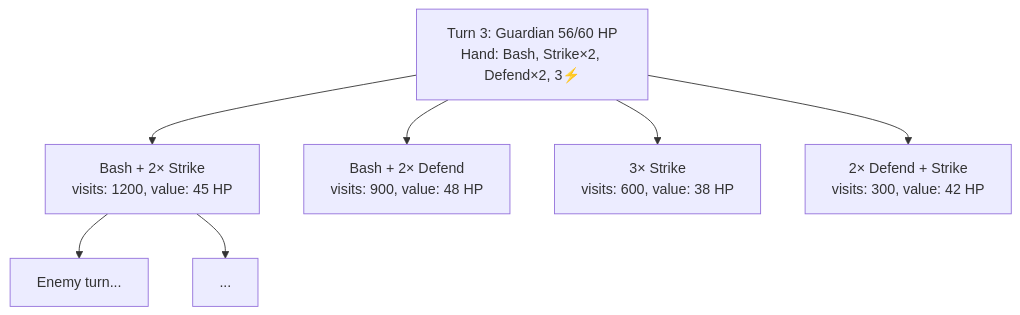
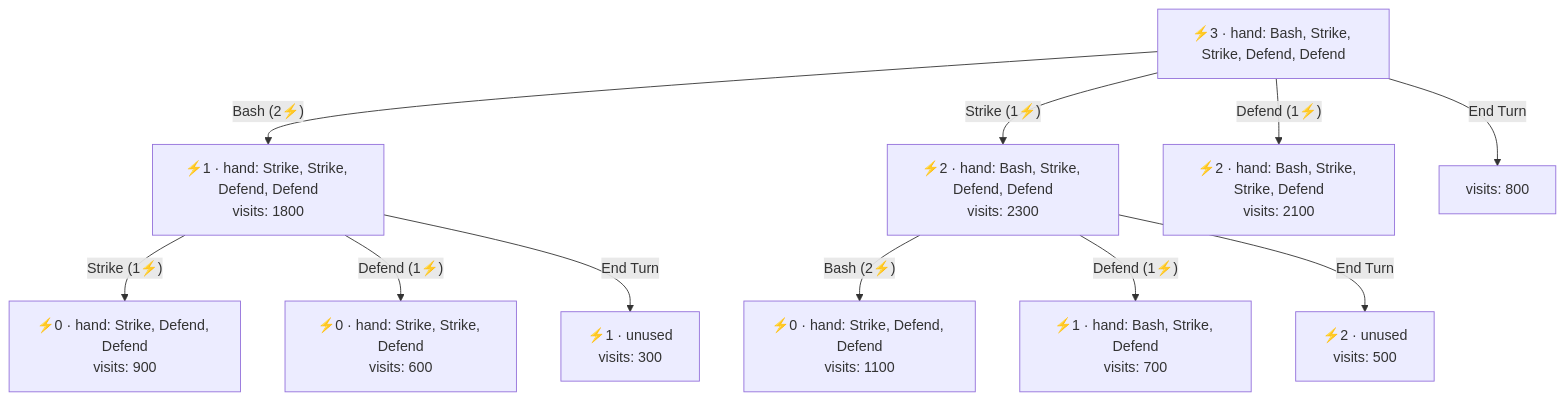
The second of 2 diagrams in wiki/how-combat-works.md (pherrman1/sts_ai), drawn with Mermaid before and after one commit. The commit also changed other lines of this file and 5 other files, not shown here.

````diff
--- a/wiki/how-combat-works.md
+++ b/wiki/how-combat-works.md
@@ -49,9 +49,14 @@
 ```mermaid
-graph TD
-    Root["Turn 3: Guardian 56/60 HP<br/>Hand: Bash, Strike×2, Defend×2, 3⚡"] --> A["Bash + 2× Strike<br/>visits: 1200, value: 45 HP"]
-    Root --> B["Bash + 2× Defend<br/>visits: 900, value: 48 HP"]
-    Root --> C["3× Strike<br/>visits: 600, value: 38 HP"]
-    Root --> D["2× Defend + Strike<br/>visits: 300, value: 42 HP"]
-    A --> A1["Enemy turn..."]
-    A --> A2["..."]
+flowchart TD
+    Root["⚡3 · hand: Bash, Strike, Strike, Defend, Defend"]
+    Root -->|"Bash (2⚡)"| Bash["⚡1 · hand: Strike, Strike, Defend, Defend<br/>visits: 1800"]
+    Root -->|"Strike (1⚡)"| Strike1["⚡2 · hand: Bash, Strike, Defend, Defend<br/>visits: 2300"]
+    Root -->|"Defend (1⚡)"| Defend1["⚡2 · hand: Bash, Strike, Strike, Defend<br/>visits: 2100"]
+    Root -->|"End Turn"| End["visits: 800"]
+    Bash -->|"Strike (1⚡)"| BashS["⚡0 · hand: Strike, Defend, Defend<br/>visits: 900"]
+    Bash -->|"Defend (1⚡)"| BashD["⚡0 · hand: Strike, Strike, Defend<br/>visits: 600"]
+    Bash -->|"End Turn"| BashE["⚡1 · unused<br/>visits: 300"]
+    Strike1 -->|"Bash (2⚡)"| S1B["⚡0 · hand: Strike, Defend, Defend<br/>visits: 1100"]
+    Strike1 -->|"Defend (1⚡)"| S1D["⚡1 · hand: Bash, Strike, Defend<br/>visits: 700"]
+    Strike1 -->|"End Turn"| S1E["⚡2 · unused<br/>visits: 500"]
 ```
````
